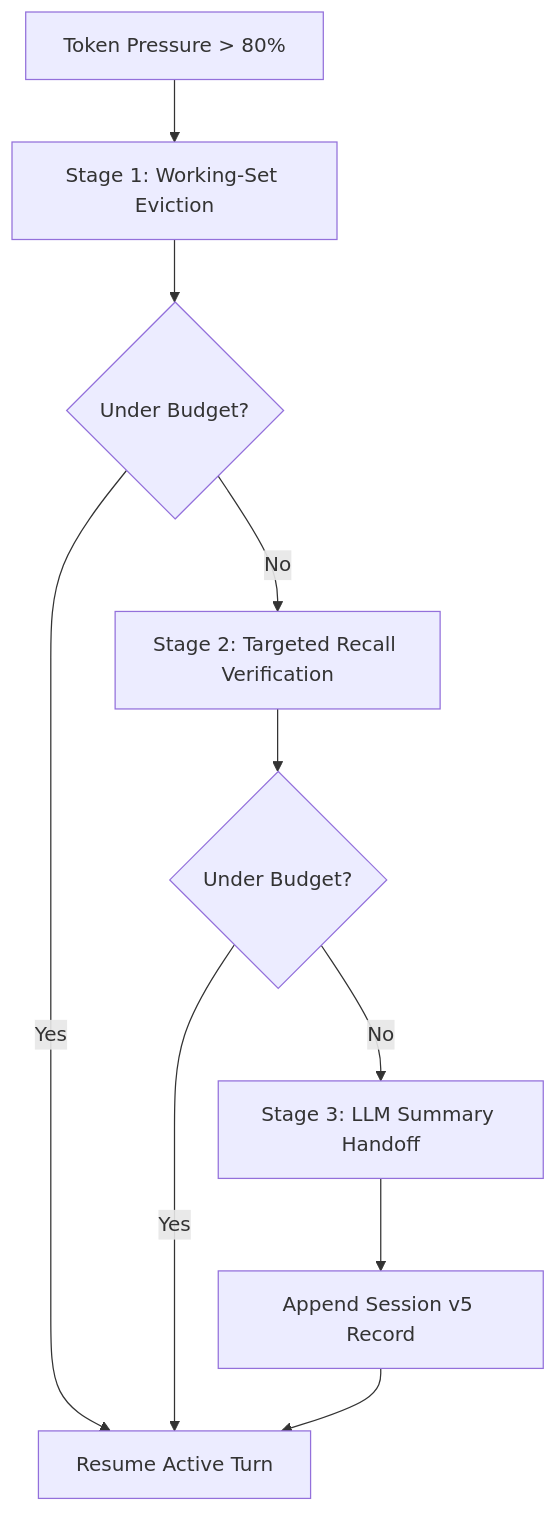
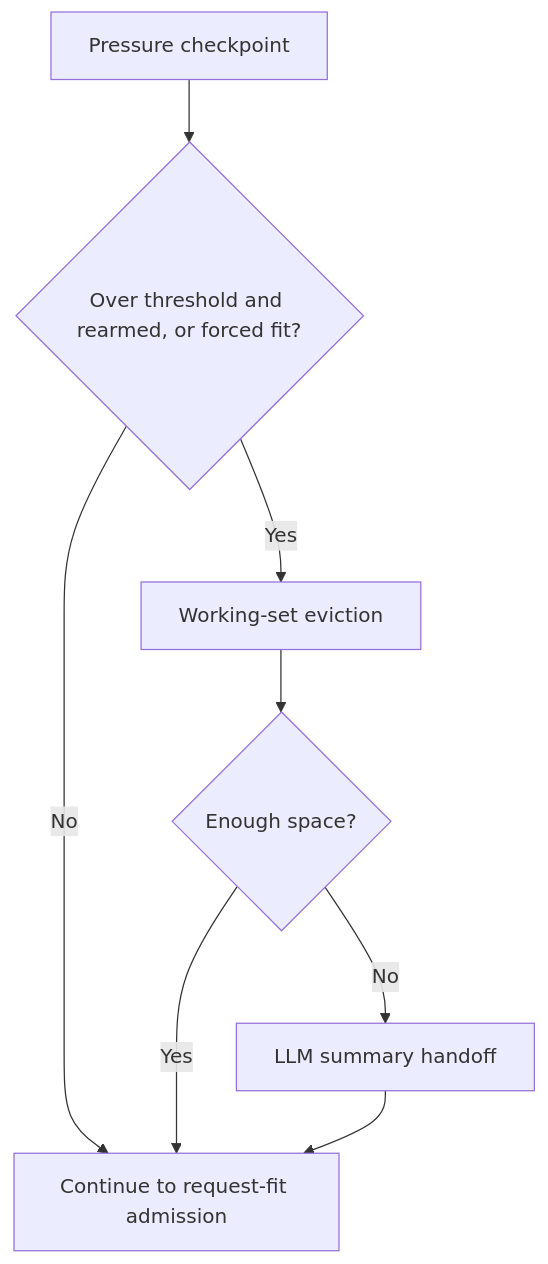
One commit to iowarp/clio-coder changed the diagram in docs/architecture/context-engine.md. Above: the diagram before and after it, drawn with Mermaid. The commit also changed other lines of this file and 1 other file, not shown here.

First line of the commit message:
docs(context): describe the finished working-set pipeline

````diff
--- a/docs/architecture/context-engine.md
+++ b/docs/architecture/context-engine.md
@@ -77,12 +77,10 @@
 ```mermaid
 flowchart TD
-    A["Token Pressure > 80%"] --> B["Stage 1: Working-Set Eviction"]
-    B --> C{"Under Budget?"}
-    C -- Yes --> D["Resume Active Turn"]
-    C -- No --> E["Stage 2: Targeted Recall Verification"]
-    E --> F{"Under Budget?"}
-    F -- Yes --> D
-    F -- No --> G["Stage 3: LLM Summary Handoff"]
-    G --> H["Append Session v5 Record"]
-    H --> D
+    A["Pressure checkpoint"] --> B{"Over threshold and rearmed, or forced fit?"}
+    B -- No --> C["Continue to request-fit admission"]
+    B -- Yes --> D["Working-set eviction"]
+    D --> E{"Enough space?"}
+    E -- Yes --> C
+    E -- No --> F["LLM summary handoff"]
+    F --> C
 ```
````
